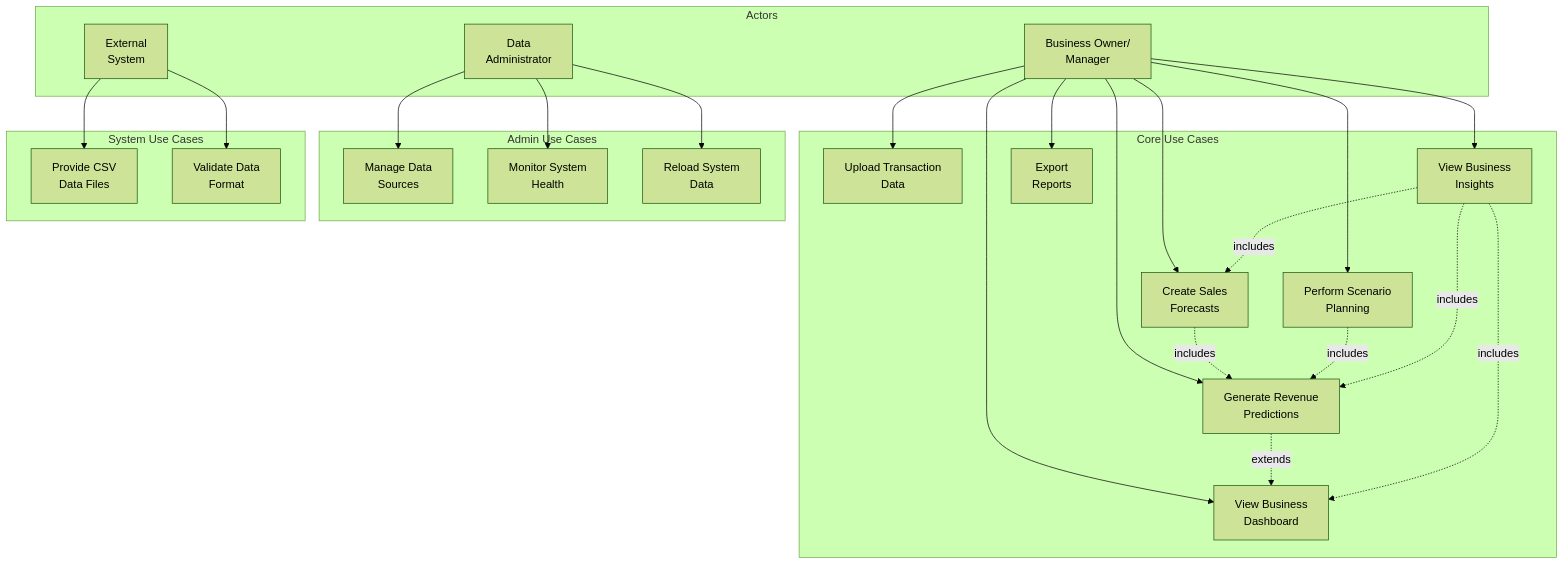
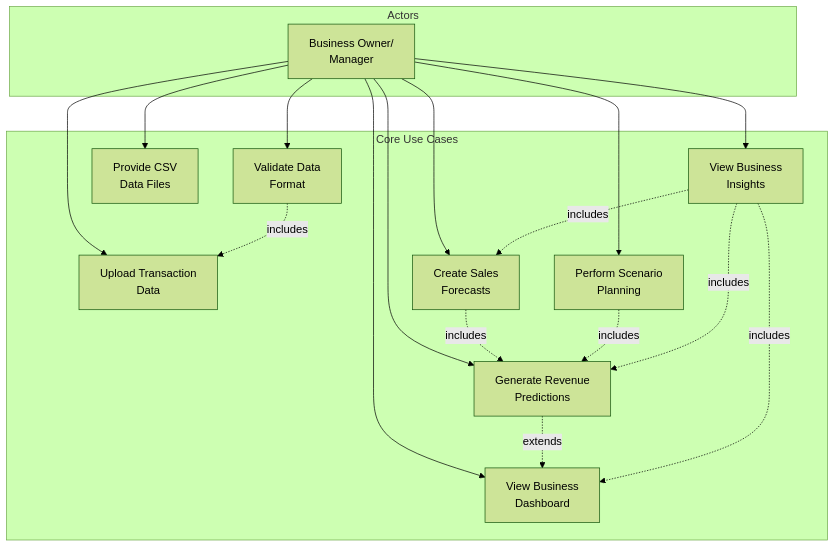
The second of 5 diagrams in docs/fyp/CHAPTER_4_SYSTEM_DESIGN.md (1211307959/FYP02-IS-T2430-0030), drawn with Mermaid (forest theme) before and after one commit. The commit also changed other lines of this file and 18 other files, not shown here.

````diff
--- a/docs/fyp/CHAPTER_4_SYSTEM_DESIGN.md
+++ b/docs/fyp/CHAPTER_4_SYSTEM_DESIGN.md
@@ -59,55 +64,36 @@
 ```mermaid
 graph TB
     subgraph "Actors"
         BO["Business Owner/<br/>Manager"]
-        DA["Data<br/>Administrator"]
-        ES["External<br/>System"]
     end
     
     subgraph "Core Use Cases"
         UC1["View Business<br/>Dashboard"]
         UC2["Upload Transaction<br/>Data"]
         UC3["Generate Revenue<br/>Predictions"]
         UC4["Create Sales<br/>Forecasts"]
         UC5["Perform Scenario<br/>Planning"]
         UC6["View Business<br/>Insights"]
-        UC7["Export<br/>Reports"]
-    end
-    
-    subgraph "Admin Use Cases"
-        UC8["Manage Data<br/>Sources"]
-        UC9["Monitor System<br/>Health"]
-        UC10["Reload System<br/>Data"]
-    end
-    
-    subgraph "System Use Cases"
         UC11["Provide CSV<br/>Data Files"]
         UC12["Validate Data<br/>Format"]
     end
     
     %% Primary Actor Connections
     BO --> UC1
     BO --> UC2
     BO --> UC3
     BO --> UC4
     BO --> UC5
     BO --> UC6
-    BO --> UC7
-    
-    %% Secondary Actor Connections
-    DA --> UC8
-    DA --> UC9
-    DA --> UC10
-    
-    %% External System Connections
-    ES --> UC11
-    ES --> UC12
+    BO --> UC11
+    BO --> UC12
     
     %% Use Case Relationships
     UC3 -.->|extends| UC1
     UC4 -.->|includes| UC3
     UC5 -.->|includes| UC3
     UC6 -.->|includes| UC1
     UC6 -.->|includes| UC3
     UC6 -.->|includes| UC4
+    UC12 -.->|includes| UC2
 ```
````
